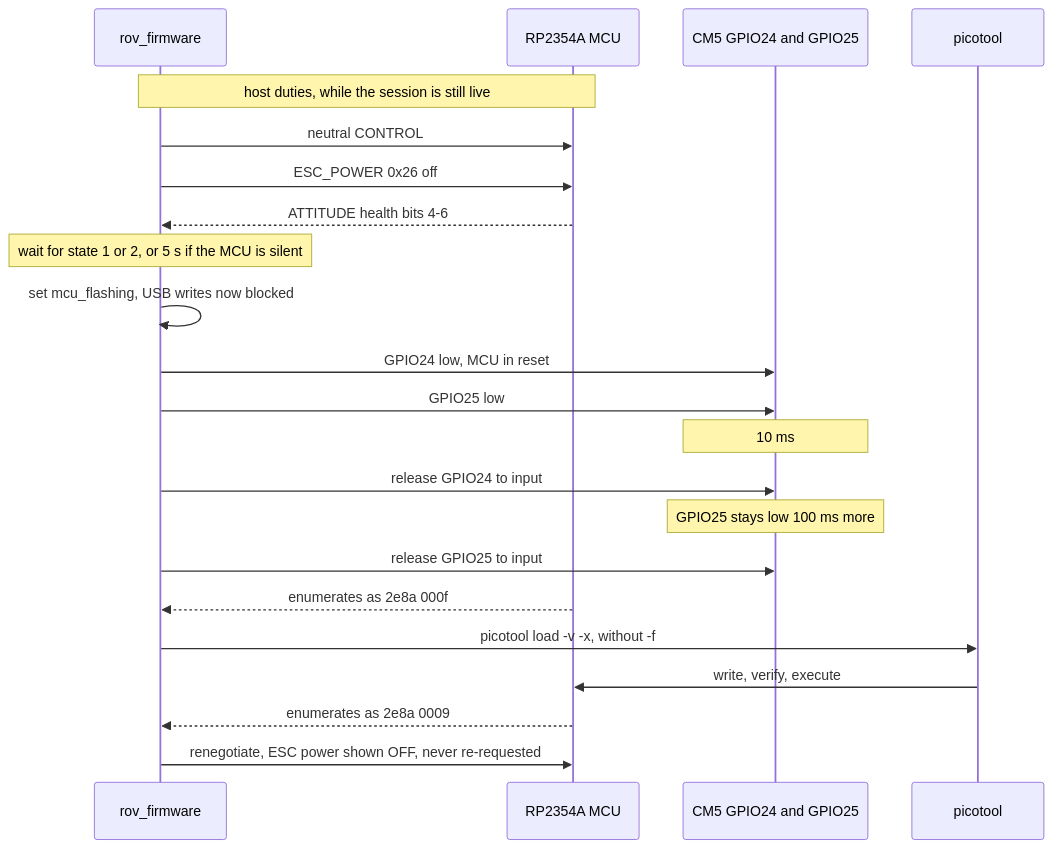
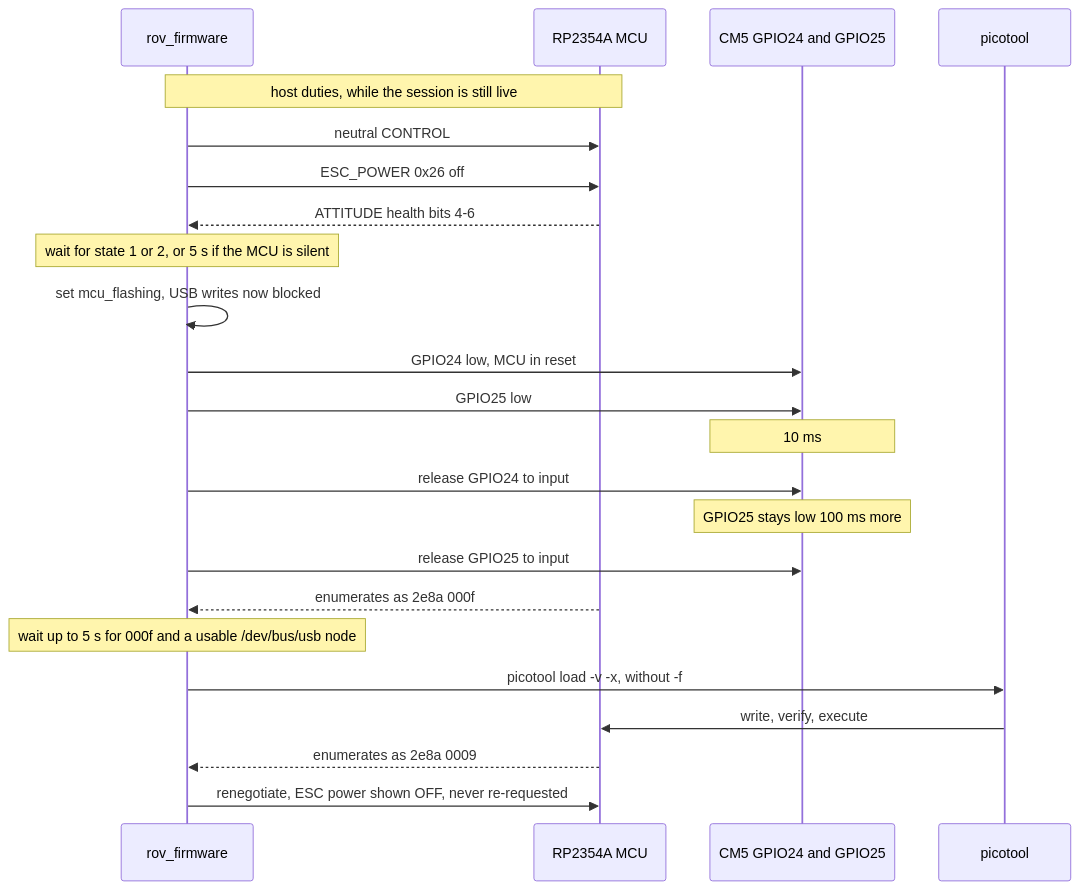
The third of 8 diagrams in docs/wiki/06-Runtime-View.md (Tropaion/Manafish_Mainboard), drawn with Mermaid before and after one commit. The commit also changed other lines of this file and 75 other files, not shown here.

````diff
--- a/docs/wiki/06-Runtime-View.md
+++ b/docs/wiki/06-Runtime-View.md
@@ -85,24 +87,25 @@
 ```mermaid
 sequenceDiagram
   participant Svc as rov_firmware
   participant MCU as RP2354A MCU
   participant IO as CM5 GPIO24 and GPIO25
   participant PT as picotool
   Note over Svc,MCU: host duties, while the session is still live
   Svc->>MCU: neutral CONTROL
   Svc->>MCU: ESC_POWER 0x26 off
   MCU-->>Svc: ATTITUDE health bits 4-6
   Note over Svc: wait for state 1 or 2, or 5 s if the MCU is silent
   Svc->>Svc: set mcu_flashing, USB writes now blocked
   Svc->>IO: GPIO24 low, MCU in reset
   Svc->>IO: GPIO25 low
   Note over IO: 10 ms
   Svc->>IO: release GPIO24 to input
   Note over IO: GPIO25 stays low 100 ms more
   Svc->>IO: release GPIO25 to input
   MCU-->>Svc: enumerates as 2e8a 000f
+  Note over Svc: wait up to 5 s for 000f and a usable /dev/bus/usb node
   Svc->>PT: picotool load -v -x, without -f
   PT->>MCU: write, verify, execute
   MCU-->>Svc: enumerates as 2e8a 0009
   Svc->>MCU: renegotiate, ESC power shown OFF, never re-requested
 ```
````
